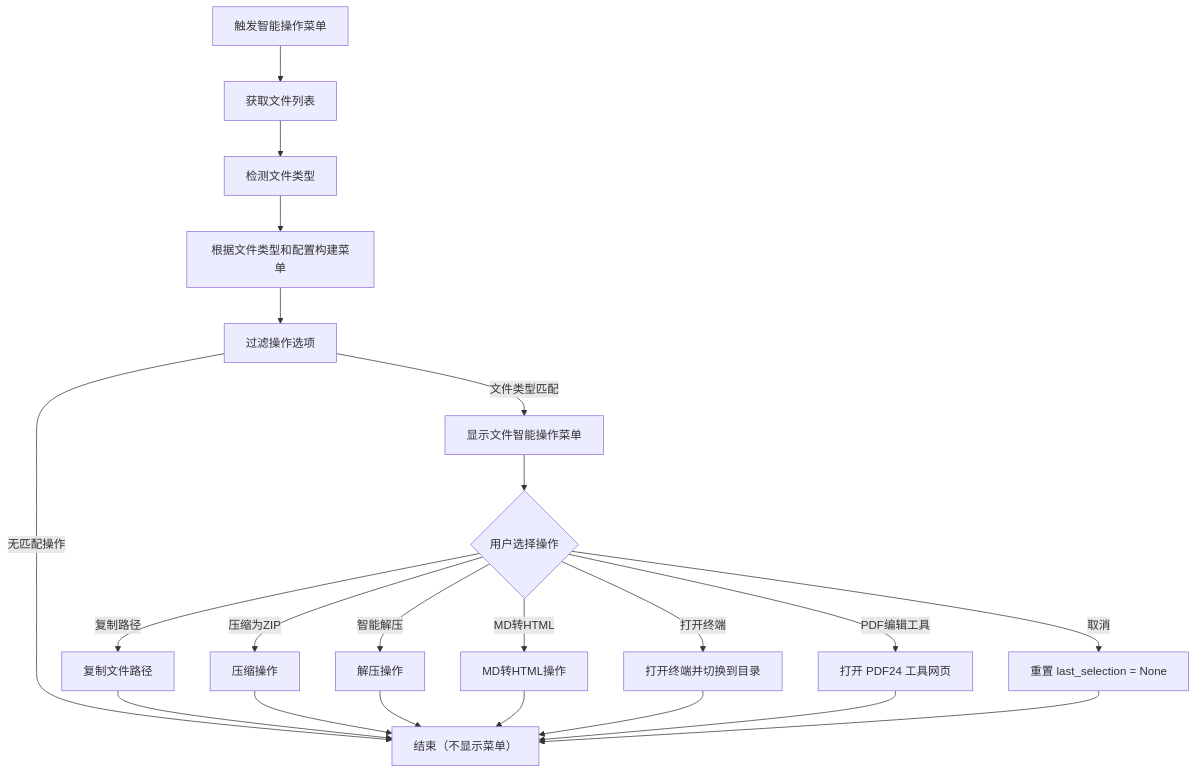
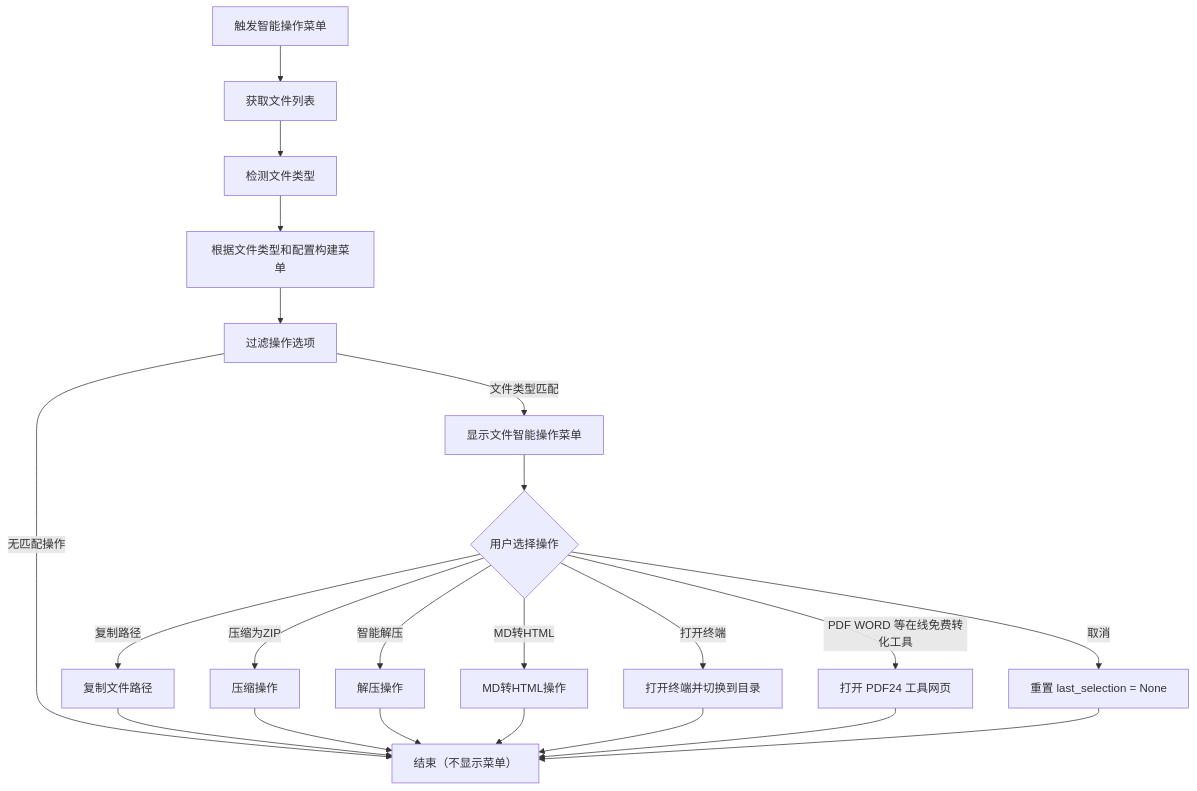
One commit to zhangs-cedar/mac-commondX changed the fifth of 7 diagrams in 流程图.md. Above: the diagram before and after it, drawn with Mermaid. The commit also changed other lines of this file and 2 other files, not shown here.

Commit message:
feat: 更新 PDF 编辑工具功能，支持 PDF、Word 等在线文档转换，优化用户体验

````diff
--- a/流程图.md
+++ b/流程图.md
@@ -102,27 +102,27 @@
 ```mermaid
 flowchart TD
     StartNode["触发智能操作菜单"] --> GetFiles["获取文件列表"]
     GetFiles --> DetectTypes["检测文件类型"]
     DetectTypes --> BuildMenu["根据文件类型和配置构建菜单"]
     BuildMenu --> FilterOps["过滤操作选项"]
     FilterOps -->|"文件类型匹配"| ShowMenu["显示文件智能操作菜单"]
     FilterOps -->|"无匹配操作"| EndNode["结束（不显示菜单）"]
     
     ShowMenu --> UserChoice{"用户选择操作"}
     
     UserChoice -->|"复制路径"| CopyPaths["复制文件路径"]
     UserChoice -->|"压缩为ZIP"| Compress["压缩操作"]
     UserChoice -->|"智能解压"| Decompress["解压操作"]
     UserChoice -->|"MD转HTML"| MdToHtml["MD转HTML操作"]
     UserChoice -->|"打开终端"| OpenTerminal["打开终端并切换到目录"]
-    UserChoice -->|"PDF编辑工具"| PdfEditor["打开 PDF24 工具网页"]
+    UserChoice -->|"PDF WORD 等在线免费转化工具"| PdfEditor["打开 PDF24 工具网页"]
     UserChoice -->|"取消"| ResetLastSelection["重置 last_selection = None"]
     
     CopyPaths --> EndNode
     Compress --> EndNode
     Decompress --> EndNode
     MdToHtml --> EndNode
     OpenTerminal --> EndNode
     PdfEditor --> EndNode
     ResetLastSelection --> EndNode
 ```
````
